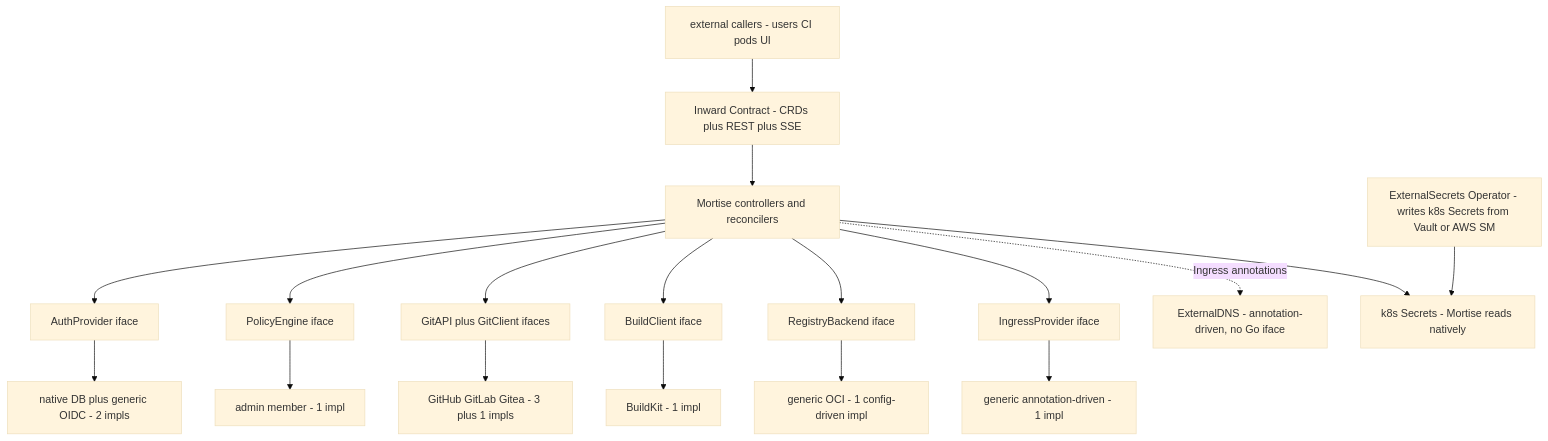
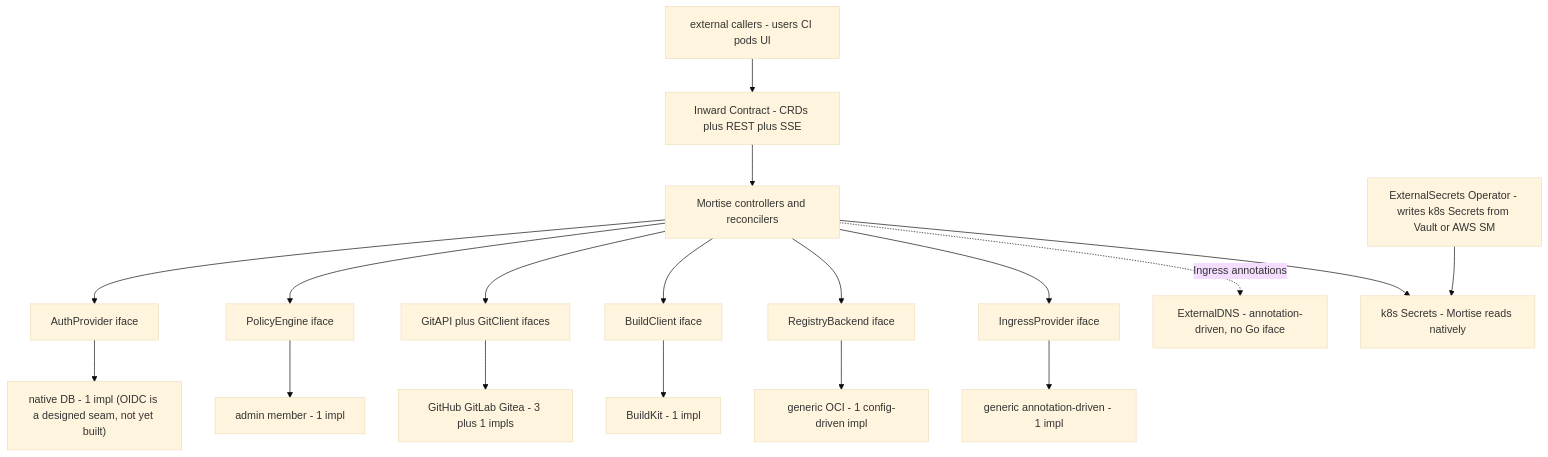
Before and after one commit to mortise-org/mortise: the third of 5 diagrams in ARCHITECTURE.md, drawn with Mermaid (base theme). The commit also changed 2 other files, not shown here.

Commit message:
docs: stop overclaiming OIDC/SSO; match the honest auth recipe (CAI-403)
oidc.md correctly states Mortise has native auth only and no OIDC login
flow (internal/auth has no OIDC impl), but higher-visibility docs implied
OIDC support:
- README docs table advertised 'OIDC / SSO | Authentik, Keycloak, Okta,
  Google' linking to a recipe that says there is no OIDC.
- ARCHITECTURE claimed the AuthProvider has 'native DB plus generic OIDC
  - 2 impls'; there is one (native), which also broke the repo's own 'no
  interface without a real v1 implementation' rule.
- README architecture line and a SPEC recipe entry listed OIDC as a
  supported/available integration.

All now say what's true: native users/roles today, SSO via a front-door
auth proxy, OIDC login not yet built (a designed seam). No product change.

````diff
--- a/ARCHITECTURE.md
+++ b/ARCHITECTURE.md
@@ -214,37 +214,37 @@
 ```mermaid
 flowchart TB
     Callers["external callers - users CI pods UI"]
     Public["Inward Contract - CRDs plus REST plus SSE"]
     Ctrl["Mortise controllers and reconcilers"]
 
     AU["AuthProvider iface"]
-    AUImpl["native DB plus generic OIDC - 2 impls"]
+    AUImpl["native DB - 1 impl (OIDC is a designed seam, not yet built)"]
     PE["PolicyEngine iface"]
     PEImpl["admin member - 1 impl"]
     GA["GitAPI plus GitClient ifaces"]
     GAImpl["GitHub GitLab Gitea - 3 plus 1 impls"]
     BC["BuildClient iface"]
     BCImpl["BuildKit - 1 impl"]
     RB["RegistryBackend iface"]
     RBImpl["generic OCI - 1 config-driven impl"]
     IP["IngressProvider iface"]
     IPImpl["generic annotation-driven - 1 impl"]
     ExtDNSNote["ExternalDNS - annotation-driven, no Go iface"]
 
     ESO["ExternalSecrets Operator - writes k8s Secrets from Vault or AWS SM"]
     K8sSec["k8s Secrets - Mortise reads natively"]
 
     Callers --> Public
     Public --> Ctrl
 
     Ctrl --> AU --> AUImpl
     Ctrl --> PE --> PEImpl
     Ctrl --> GA --> GAImpl
     Ctrl --> BC --> BCImpl
     Ctrl --> RB --> RBImpl
     Ctrl --> IP --> IPImpl
     Ctrl -.Ingress annotations.-> ExtDNSNote
 
     Ctrl --> K8sSec
     ESO --> K8sSec
 ```
````
